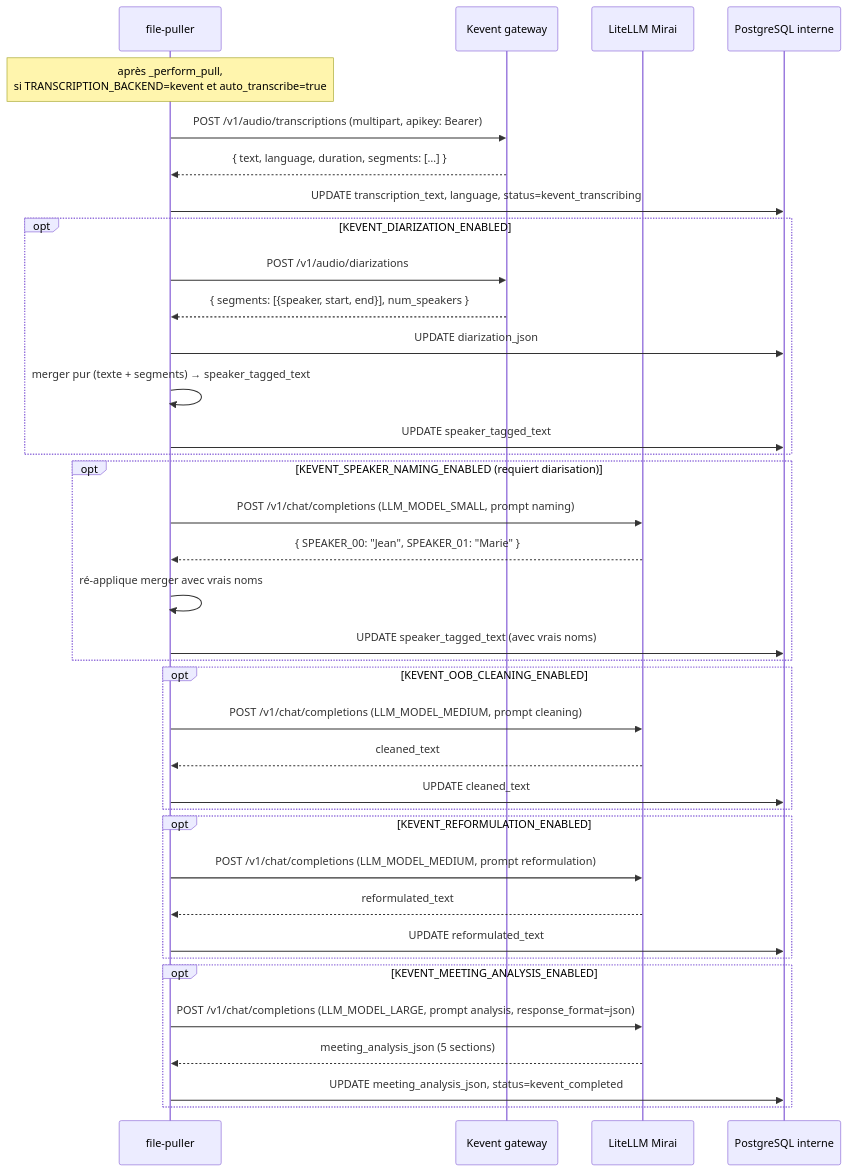
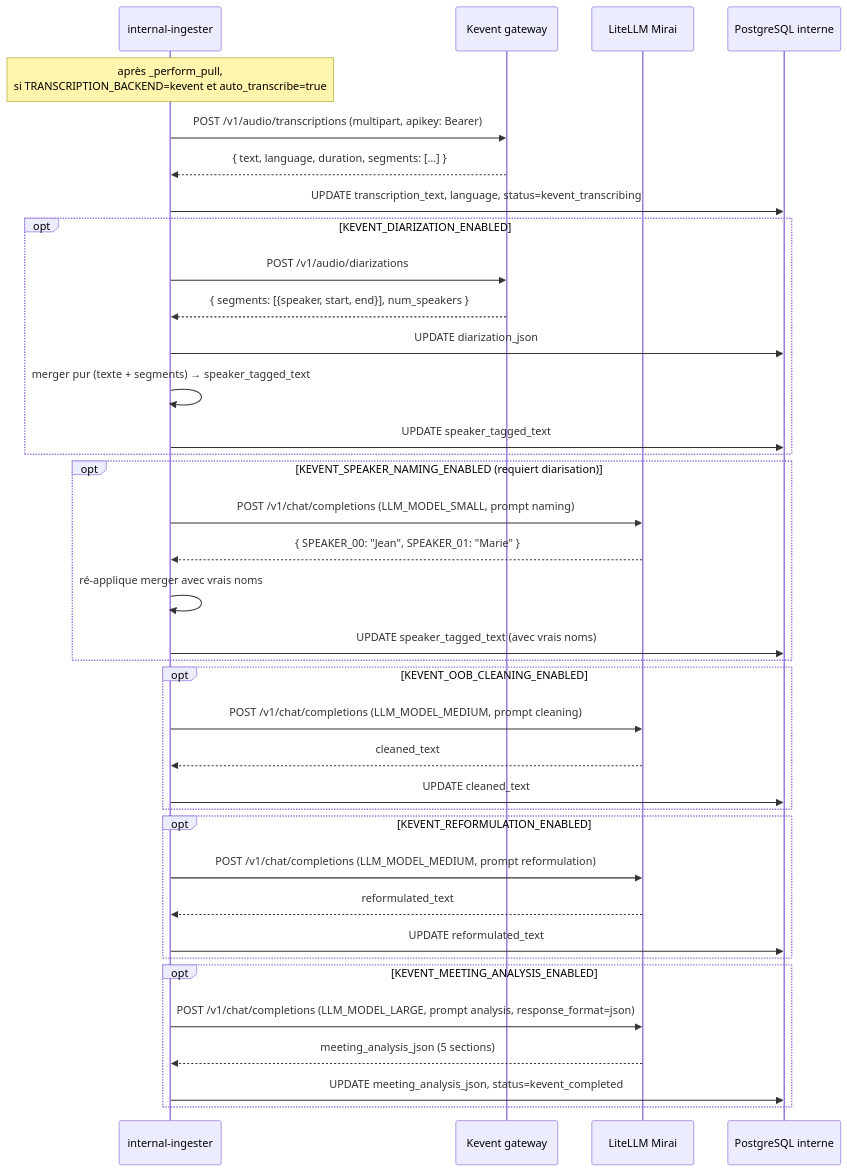
The diagram in docs/integrate-with-kevent.md (IA-Generative/mirai-mesreunions), drawn with Mermaid before and after one commit. The commit also changed other lines of this file and 42 other files, not shown here.

````diff
--- a/docs/integrate-with-kevent.md
+++ b/docs/integrate-with-kevent.md
@@ -26,46 +26,46 @@
 ```mermaid
 sequenceDiagram
-  participant FP as file-puller
+  participant FP as internal-ingester
   participant K as Kevent gateway
   participant L as LiteLLM Mirai
   participant DB as PostgreSQL interne
 
   Note over FP: après _perform_pull,<br/>si TRANSCRIPTION_BACKEND=kevent et auto_transcribe=true
 
   FP->>K: POST /v1/audio/transcriptions (multipart, apikey: Bearer)
   K-->>FP: { text, language, duration, segments: […] }
   FP->>DB: UPDATE transcription_text, language, status=kevent_transcribing
 
   opt KEVENT_DIARIZATION_ENABLED
     FP->>K: POST /v1/audio/diarizations
     K-->>FP: { segments: [{speaker, start, end}], num_speakers }
     FP->>DB: UPDATE diarization_json
     FP->>FP: merger pur (texte + segments) → speaker_tagged_text
     FP->>DB: UPDATE speaker_tagged_text
   end
 
   opt KEVENT_SPEAKER_NAMING_ENABLED (requiert diarisation)
     FP->>L: POST /v1/chat/completions (LLM_MODEL_SMALL, prompt naming)
     L-->>FP: { SPEAKER_00: "Jean", SPEAKER_01: "Marie" }
     FP->>FP: ré-applique merger avec vrais noms
     FP->>DB: UPDATE speaker_tagged_text (avec vrais noms)
   end
 
   opt KEVENT_OOB_CLEANING_ENABLED
     FP->>L: POST /v1/chat/completions (LLM_MODEL_MEDIUM, prompt cleaning)
     L-->>FP: cleaned_text
     FP->>DB: UPDATE cleaned_text
   end
 
   opt KEVENT_REFORMULATION_ENABLED
     FP->>L: POST /v1/chat/completions (LLM_MODEL_MEDIUM, prompt reformulation)
     L-->>FP: reformulated_text
     FP->>DB: UPDATE reformulated_text
   end
 
   opt KEVENT_MEETING_ANALYSIS_ENABLED
     FP->>L: POST /v1/chat/completions (LLM_MODEL_LARGE, prompt analysis, response_format=json)
     L-->>FP: meeting_analysis_json (5 sections)
     FP->>DB: UPDATE meeting_analysis_json, status=kevent_completed
   end
 ```
````
